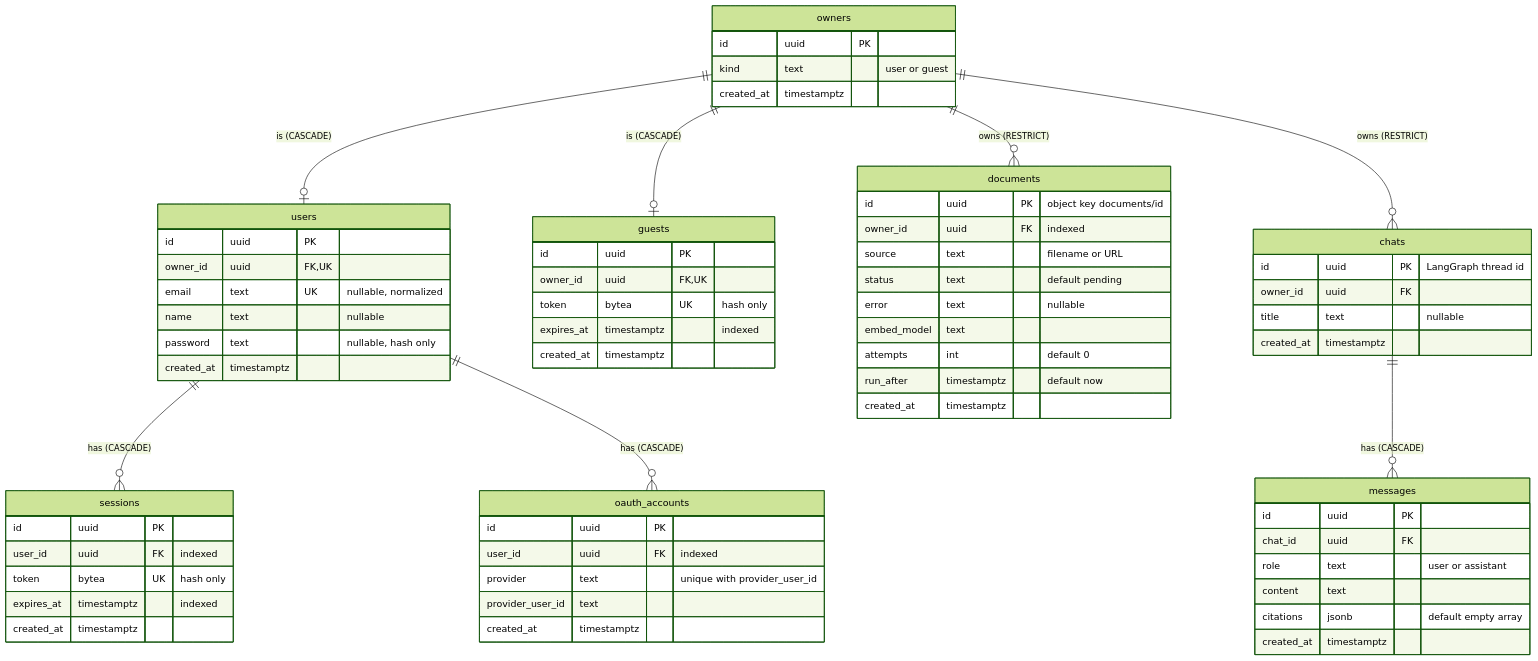
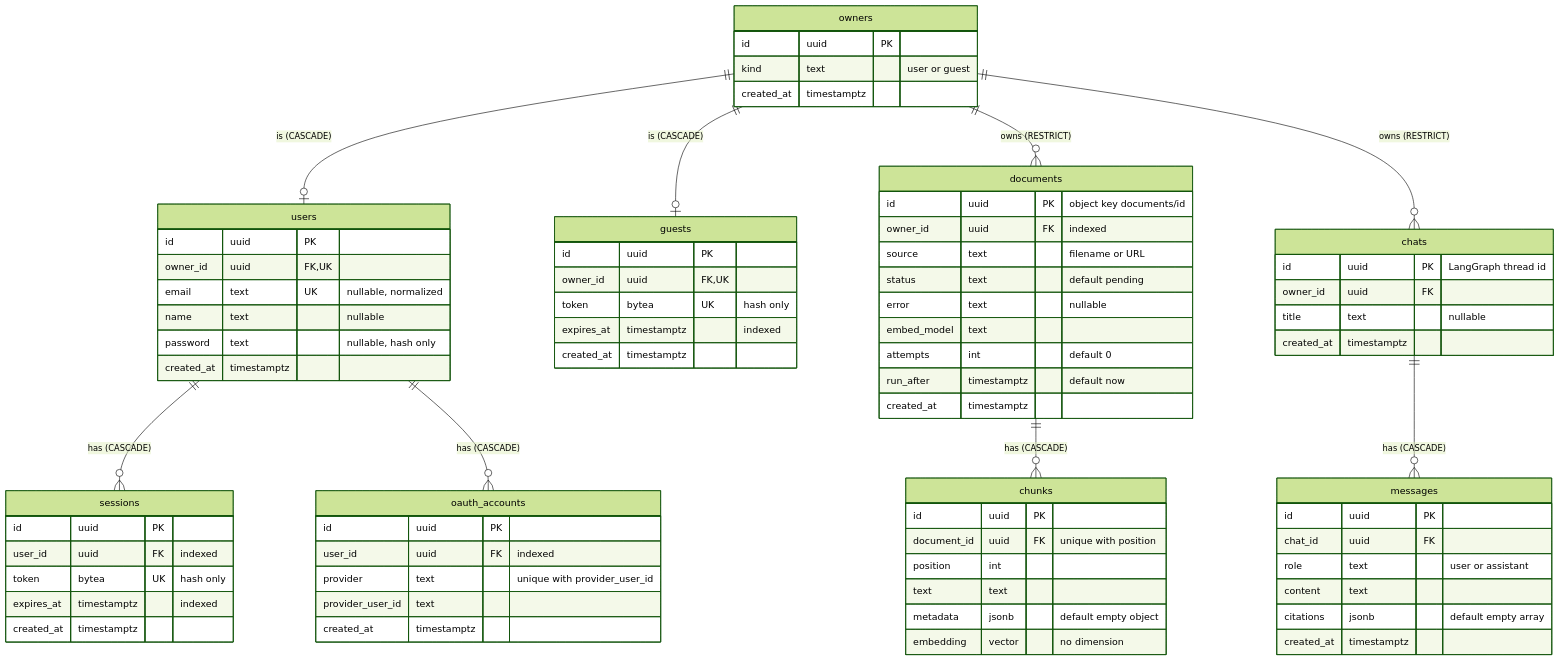
Before and after one commit to JosephSuyam/ragidy: the fifth of 5 diagrams in docs/architecture/diagrams.md, drawn with Mermaid (forest theme). The commit also changed other lines of this file and 8 other files, not shown here.

````diff
--- a/docs/architecture/diagrams.md
+++ b/docs/architecture/diagrams.md
@@ -118,70 +118,79 @@
 ```mermaid
 erDiagram
   %% Attributes are written name-first so the column name renders in the first column.
   owners ||--o| users : "is (CASCADE)"
   owners ||--o| guests : "is (CASCADE)"
   users ||--o{ sessions : "has (CASCADE)"
   users ||--o{ oauth_accounts : "has (CASCADE)"
   owners ||--o{ documents : "owns (RESTRICT)"
   owners ||--o{ chats : "owns (RESTRICT)"
   chats ||--o{ messages : "has (CASCADE)"
+  documents ||--o{ chunks : "has (CASCADE)"
   owners {
     id uuid PK
     kind text "user or guest"
     created_at timestamptz
   }
   users {
     id uuid PK
     owner_id uuid FK, UK
     email text UK "nullable, normalized"
     name text "nullable"
     password text "nullable, hash only"
     created_at timestamptz
   }
   guests {
     id uuid PK
     owner_id uuid FK, UK
     token bytea UK "hash only"
     expires_at timestamptz "indexed"
     created_at timestamptz
   }
   sessions {
     id uuid PK
     user_id uuid FK "indexed"
     token bytea UK "hash only"
     expires_at timestamptz "indexed"
     created_at timestamptz
   }
   oauth_accounts {
     id uuid PK
     user_id uuid FK "indexed"
     provider text "unique with provider_user_id"
     provider_user_id text
     created_at timestamptz
   }
   documents {
     id uuid PK "object key documents/id"
     owner_id uuid FK "indexed"
     source text "filename or URL"
     status text "default pending"
     error text "nullable"
     embed_model text
     attempts int "default 0"
     run_after timestamptz "default now"
     created_at timestamptz
   }
+  chunks {
+    id uuid PK
+    document_id uuid FK "unique with position"
+    position int
+    text text
+    metadata jsonb "default empty object"
+    embedding vector "no dimension"
+  }
   chats {
     id uuid PK "LangGraph thread id"
     owner_id uuid FK
     title text "nullable"
     created_at timestamptz
   }
   messages {
     id uuid PK
     chat_id uuid FK
     role text "user or assistant"
     content text
     citations jsonb "default empty array"
     created_at timestamptz
   }
 ```
````
